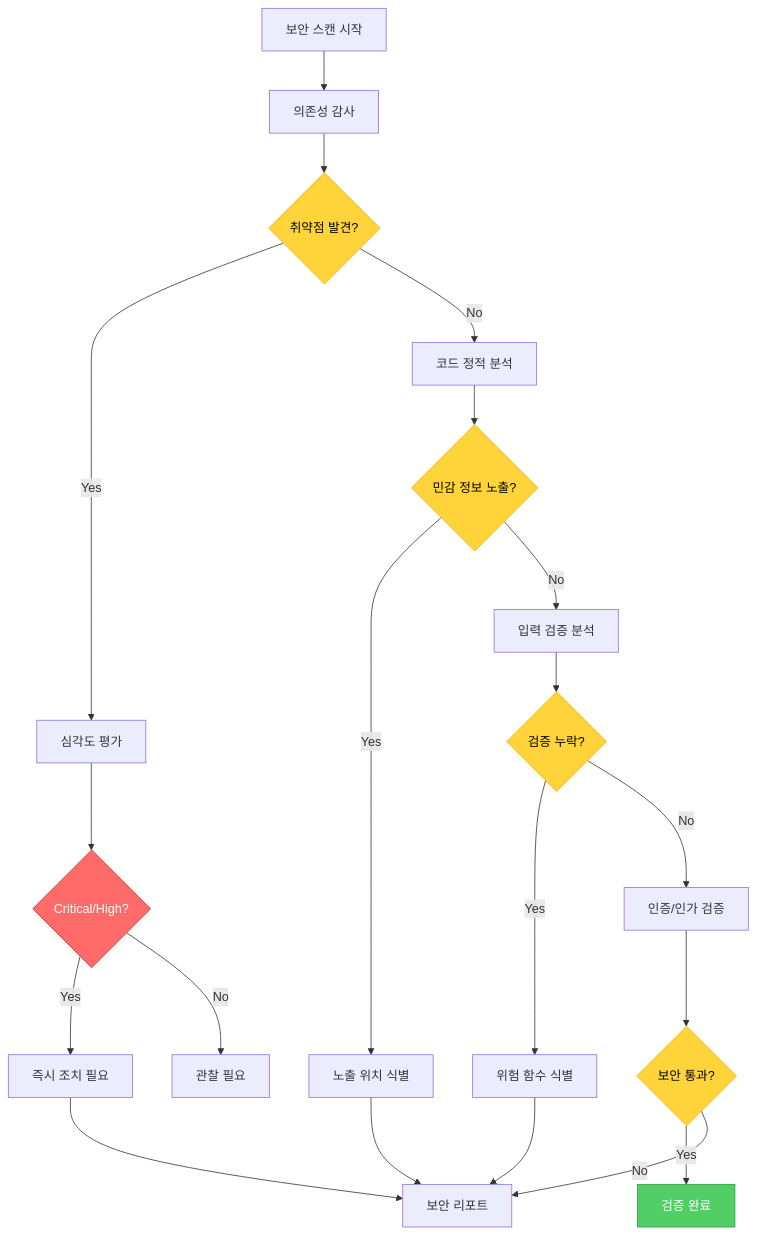
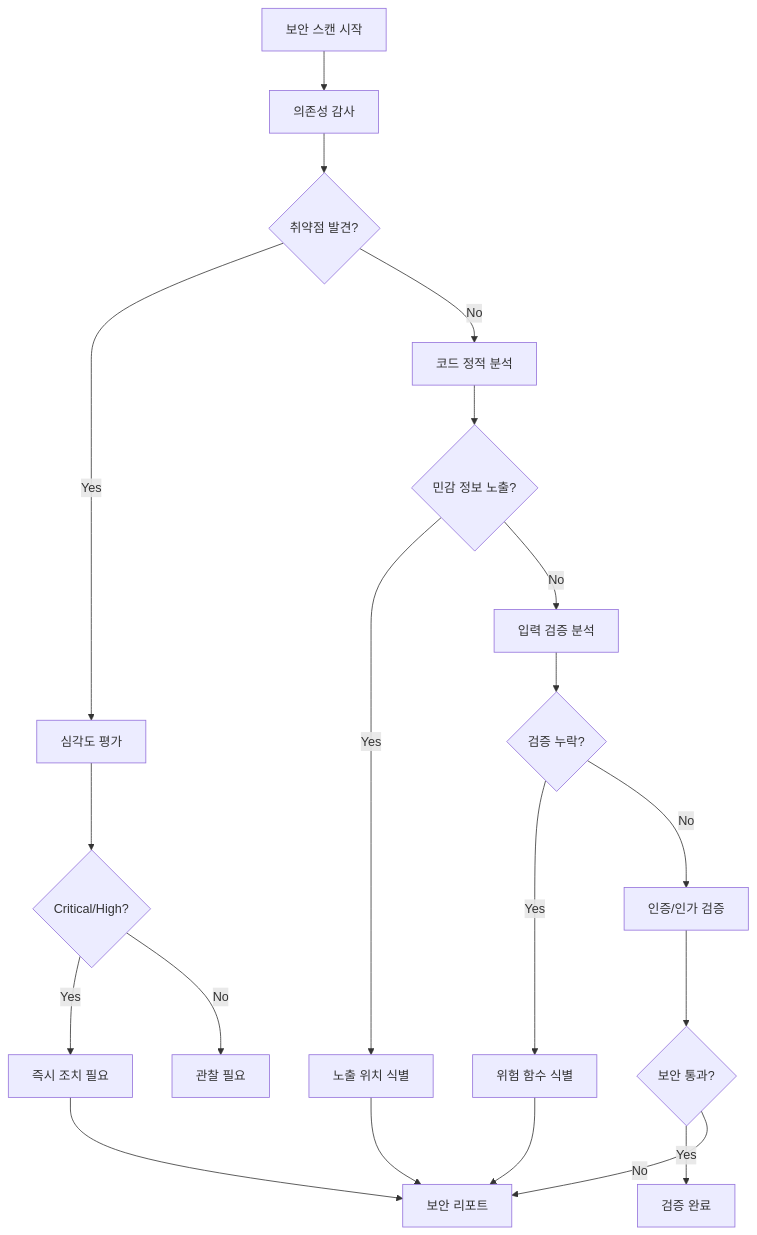
Before and after one commit to modu-ai/moai-adk: the fifth of 8 diagrams in docs/claude/agents/trust-checker.md, drawn with Mermaid. The commit also changed other lines of this file and 299 other files, not shown here.

First line of the commit message:
🎨 feat: Mermaid 다크/라이트 테마 대응 + trust-checker 통합

````diff
--- a/docs/claude/agents/trust-checker.md
+++ b/docs/claude/agents/trust-checker.md
@@ -378,34 +362,28 @@
 ```mermaid
 graph TB
     A[보안 스캔 시작] --> B[의존성 감사]
     B --> C{취약점 발견?}
     C -->|Yes| D[심각도 평가]
     C -->|No| E[코드 정적 분석]
 
     D --> F{Critical/High?}
     F -->|Yes| G[즉시 조치 필요]
     F -->|No| H[관찰 필요]
 
     E --> I{민감 정보 노출?}
     I -->|Yes| J[노출 위치 식별]
     I -->|No| K[입력 검증 분석]
 
     K --> L{검증 누락?}
     L -->|Yes| M[위험 함수 식별]
     L -->|No| N[인증/인가 검증]
 
     N --> O{보안 통과?}
     O -->|Yes| P[검증 완료]
     O -->|No| Q[보안 리포트]
 
     G --> Q
     J --> Q
     M --> Q
 
-    style C fill:#ffd43b,stroke:#fab005,color:#000
-    style F fill:#ff6b6b,stroke:#c92a2a,color:#fff
-    style I fill:#ffd43b,stroke:#fab005,color:#000
-    style L fill:#ffd43b,stroke:#fab005,color:#000
-    style O fill:#ffd43b,stroke:#fab005,color:#000
-    style P fill:#51cf66,stroke:#2f9e44,color:#fff
 ```
````
